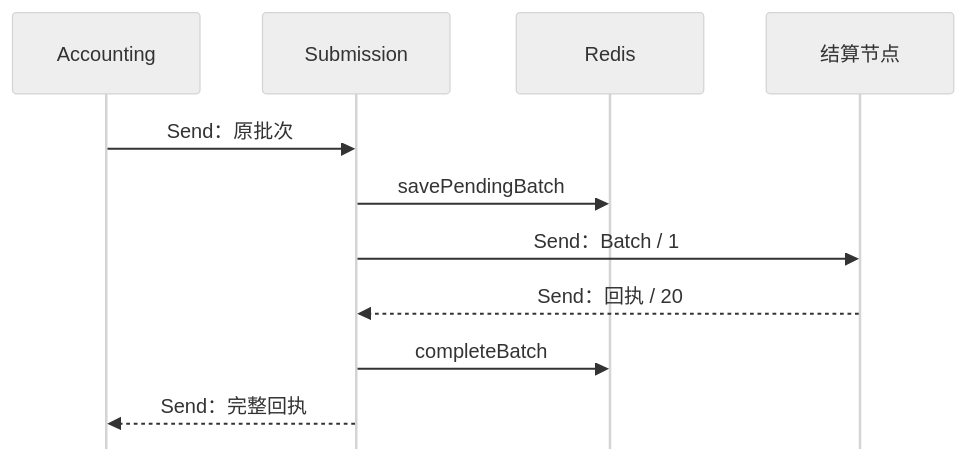
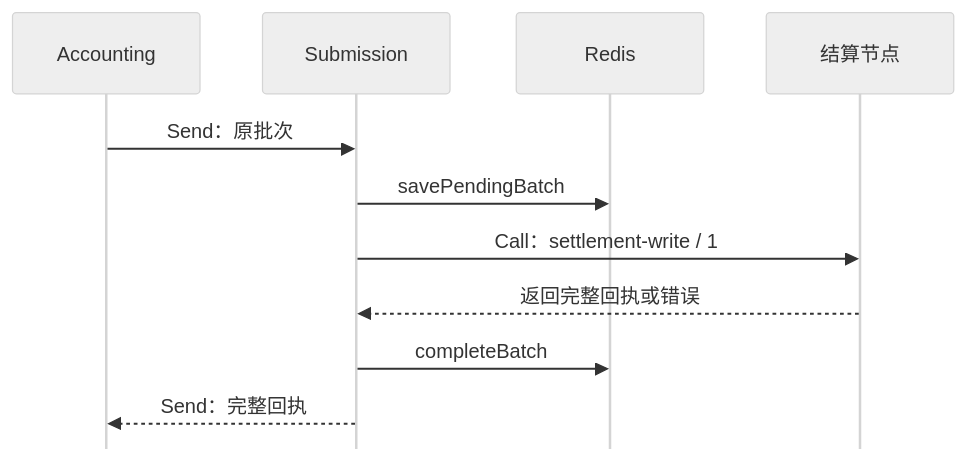
The second of 2 diagrams in docs/DESIGN.md (cnooljaw/gsrdemo), drawn with Mermaid before and after one commit. The commit also changed other lines of this file and 10 other files, not shown here.

````diff
--- a/docs/DESIGN.md
+++ b/docs/DESIGN.md
@@ -143,14 +143,14 @@
 ```mermaid
 %%{init: {"theme":"neutral","sequence":{"mirrorActors":false}}}%%
 sequenceDiagram
     participant A as Accounting
     participant S as Submission
     participant R as Redis
     participant C as 结算节点
     A->>S: Send：原批次
     S->>R: savePendingBatch
-    S->>C: Send：Batch / 1
-    C-->>S: Send：回执 / 20
+    S->>C: Call：settlement-write / 1
+    C-->>S: 返回完整回执或错误
     S->>R: completeBatch
     S-->>A: Send：完整回执
 ```
````
